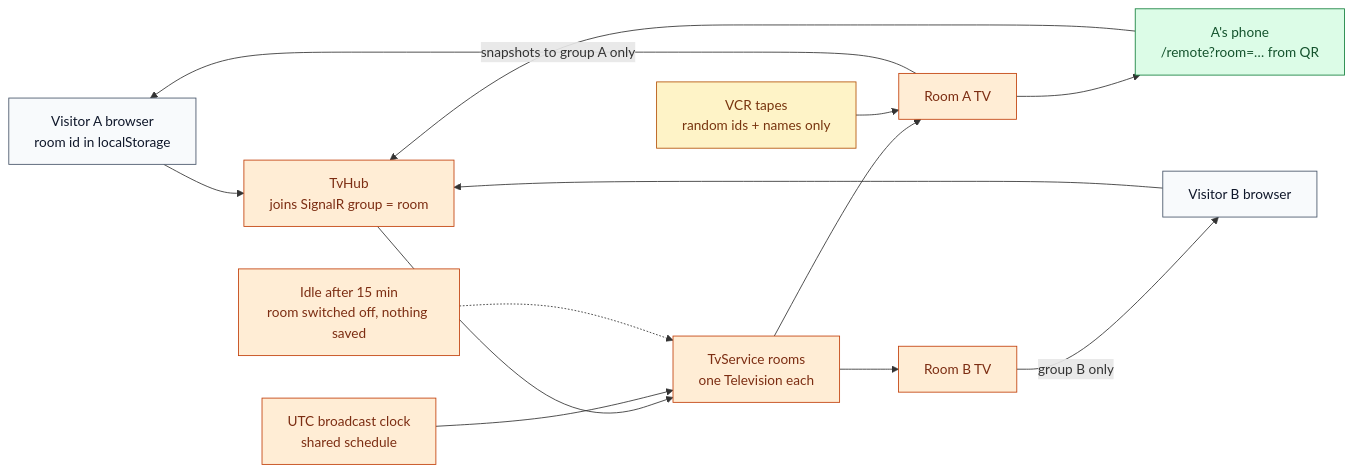
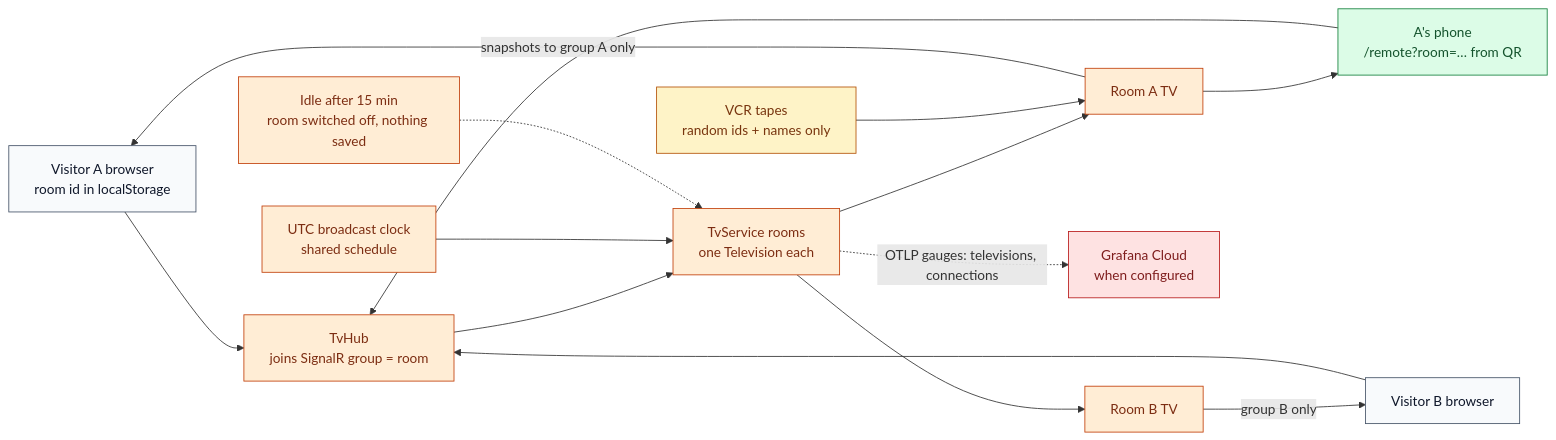
The fourth of 5 diagrams in docs/architecture.md (natezimm/rabbit-ears), drawn with Mermaid before and after one commit. The commit also changed 17 other files, not shown here.

````diff
--- a/docs/architecture.md
+++ b/docs/architecture.md
@@ -182,24 +182,27 @@
 ```mermaid
 flowchart LR
   VisitorA["Visitor A browser<br/>room id in localStorage"] --> HubD["TvHub<br/>joins SignalR group = room"]
   PhoneA["A's phone<br/>/remote?room=… from QR"] --> HubD
   VisitorB["Visitor B browser"] --> HubD
   HubD --> Rooms["TvService rooms<br/>one Television each"]
   Rooms --> RoomA["Room A TV"]
   Rooms --> RoomB["Room B TV"]
   RoomA -->|"snapshots to group A only"| VisitorA
   RoomA --> PhoneA
   RoomB -->|"group B only"| VisitorB
   Tapes["VCR tapes<br/>random ids + names only"] --> RoomA
   Clock["UTC broadcast clock<br/>shared schedule"] --> Rooms
   Idle["Idle after 15 min<br/>room switched off, nothing saved"] -.-> Rooms
+  Rooms -.->|"OTLP gauges: televisions, connections"| Grafana["Grafana Cloud<br/>when configured"]
 
   classDef user fill:#f8fafc,stroke:#475569,color:#0f172a
   classDef server fill:#ffedd5,stroke:#c2410c,color:#7c2d12
   classDef client fill:#dcfce7,stroke:#15803d,color:#14532d
   classDef data fill:#fef3c7,stroke:#b45309,color:#78350f
   class VisitorA,VisitorB user
   class PhoneA client
   class HubD,Rooms,RoomA,RoomB,Clock,Idle server
   class Tapes data
+  classDef external fill:#fee2e2,stroke:#b91c1c,color:#7f1d1d
+  class Grafana external
 ```
````
